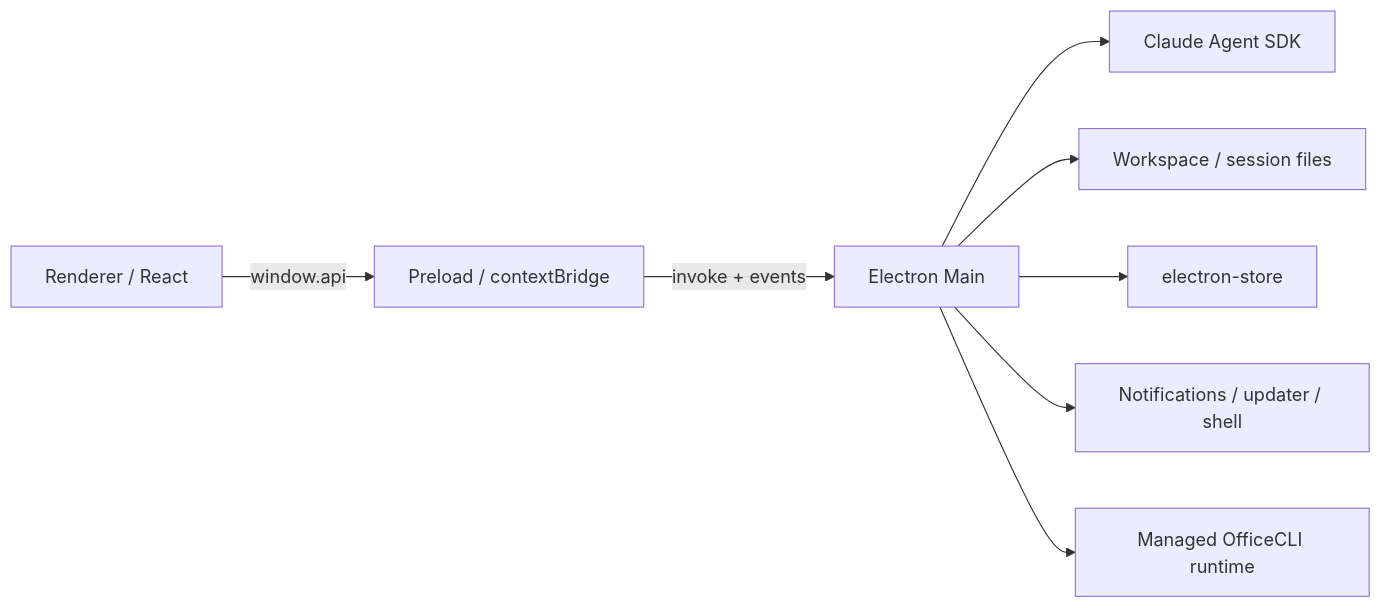
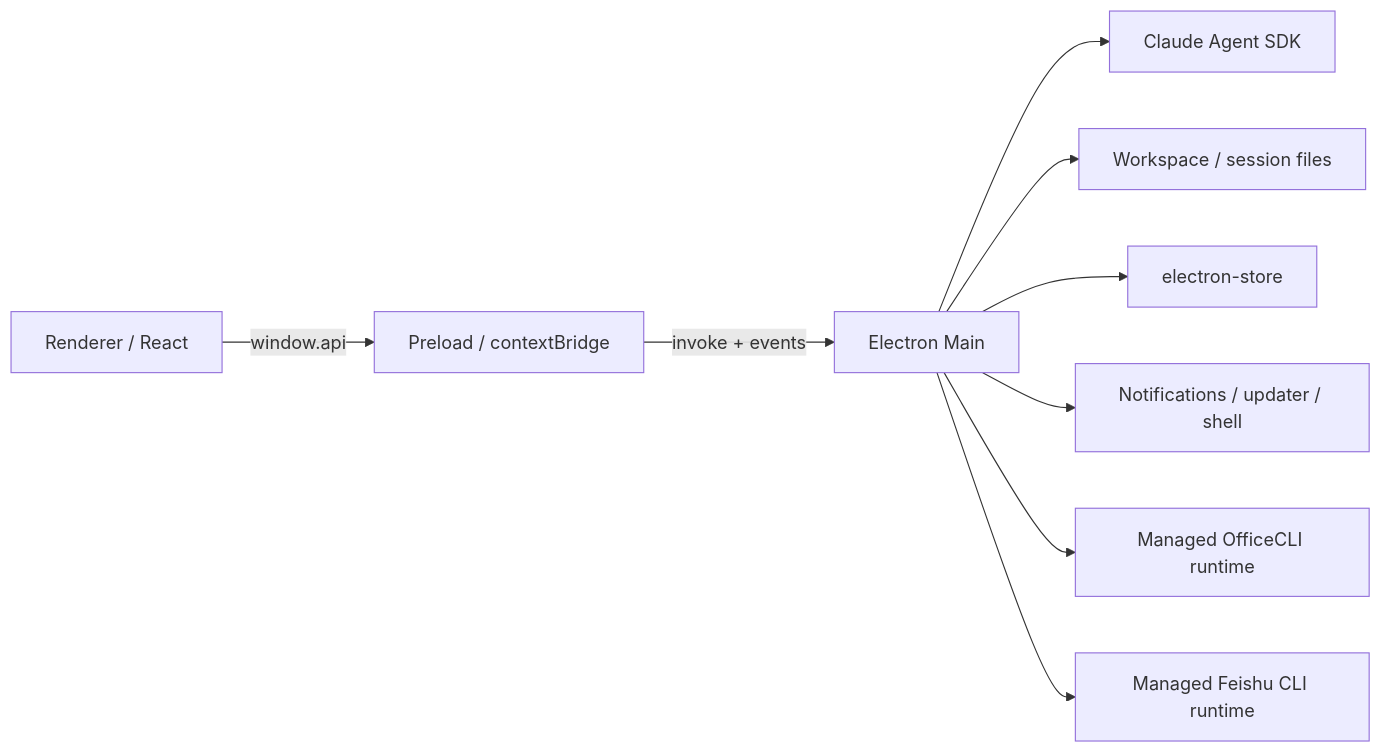
Before and after one commit to shuangmusuihua-source/vision-agent: the diagram in docs/architecture.md, drawn with Mermaid. The commit also changed other lines of this file and 30 other files, not shown here.

Commit message:
feat: add managed Feishu connector

````diff
--- a/docs/architecture.md
+++ b/docs/architecture.md
@@ -7,10 +7,11 @@
 ```mermaid
 flowchart LR
   R[Renderer / React] -->|window.api| P[Preload / contextBridge]
   P -->|invoke + events| M[Electron Main]
   M --> SDK[Claude Agent SDK]
   M --> FS[Workspace / session files]
   M --> Store[electron-store]
   M --> OS[Notifications / updater / shell]
   M --> Office[Managed OfficeCLI runtime]
+  M --> Feishu[Managed Feishu CLI runtime]
 ```
````
